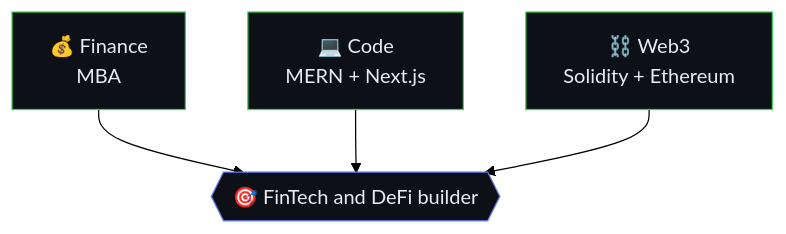
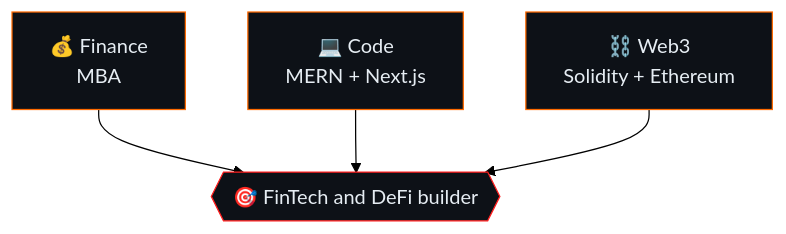
One commit to Mayur-Bhil/Mayur-Bhil changed the third of 3 diagrams in README.md. Above: the diagram before and after it, drawn with Mermaid (forest theme). The commit also changed other lines of this file, not shown here.

````diff
--- a/README.md
+++ b/README.md
@@ -111,10 +111,10 @@
 ```mermaid
 flowchart TB
     F[💰 Finance<br/>MBA] --> X{{🎯 FinTech and DeFi builder}}
     C[💻 Code<br/>MERN + Next.js] --> X
     W[⛓️ Web3<br/>Solidity + Ethereum] --> X
-    classDef a fill:#0d1117,stroke:#39d353,color:#e6edf3
-    classDef b fill:#0d1117,stroke:#627EEA,color:#e6edf3
+    classDef a fill:#0d1117,stroke:#FF6A00,color:#e6edf3
+    classDef b fill:#0d1117,stroke:#FF1E1E,color:#e6edf3
     class F,C,W a
     class X b
 ```
````
